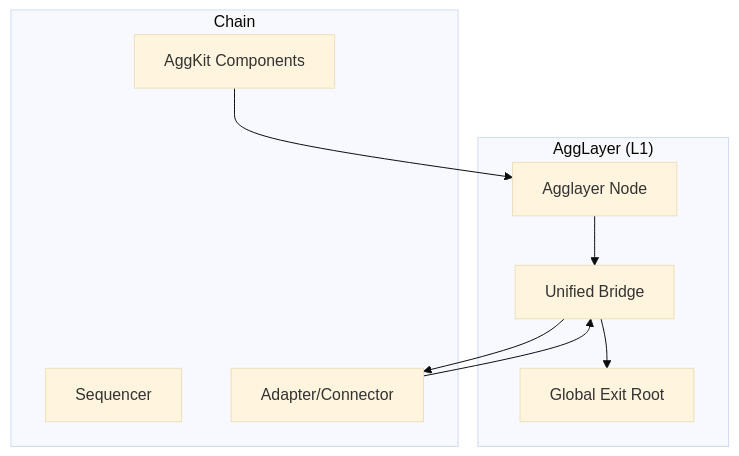
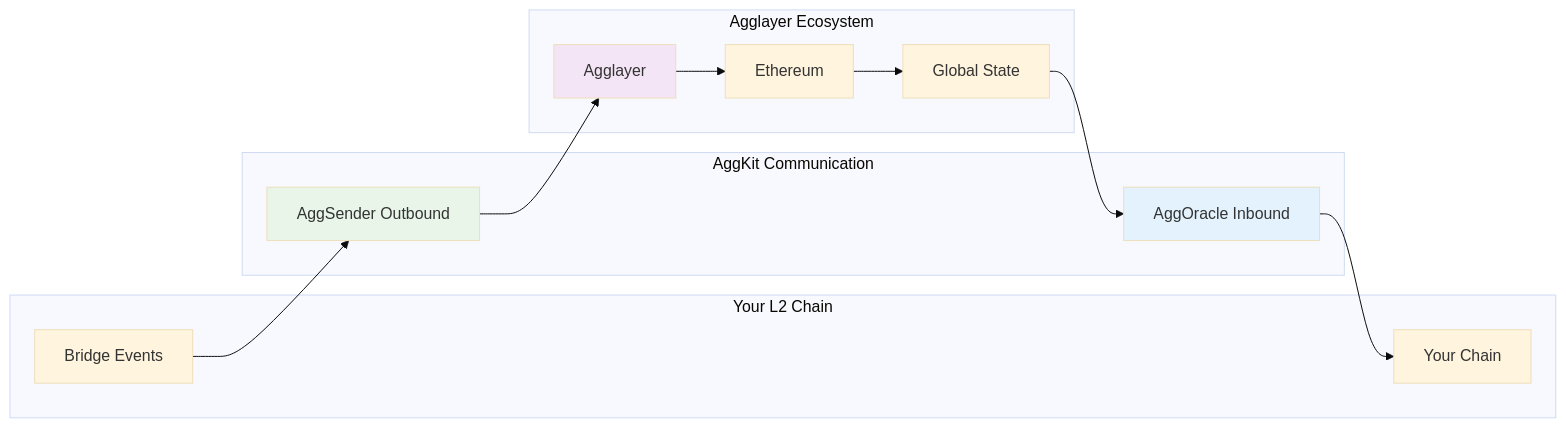
Before and after one commit to dreamer-zq/Obsidian-vault: the first of 2 diagrams in 01-Notes/blockchain/L2/polygon/Agglayer-AggKit.md, drawn with Mermaid (base theme). The commit also changed other lines of this file and 3 other files, not shown here.

First line of the commit message:
docs: 更新Agglayer相关文档内容与图表

````diff
--- a/01-Notes/blockchain/L2/polygon/Agglayer-AggKit.md
+++ b/01-Notes/blockchain/L2/polygon/Agglayer-AggKit.md
@@ -26,21 +28,29 @@
 ```mermaid
-flowchart TD
-    subgraph "Chain"
-        C1[Sequencer]
-        C2[AggKit Components]
-        C3[Adapter/Connector]
+graph LR
+    subgraph "Your L2 Chain"
+        L2[Your Chain]
+        Events[Bridge Events]
     end
-
-    subgraph "AggLayer (L1)"
-        A1[Agglayer Node]
-        A2[Unified Bridge]
-        A3[Global Exit Root]
+    
+    subgraph "AggKit Communication"
+        Voice[AggSender Outbound]
+        Ears[AggOracle Inbound]
     end
-
-    %% Bidirectional sync (English comments)
-    C2 --> A1
-    C3 --> A2
-    A2 --> C3
-    A1 --> A2
-    A2 --> A3
+    
+    subgraph "Agglayer Ecosystem"
+        AL[Agglayer]
+        ETH[Ethereum]
+        Global[Global State]
+    end
+    
+    Events --> Voice
+    Voice --> AL
+    AL --> ETH
+    ETH --> Global
+    Global --> Ears
+    Ears --> L2
+    
+    style Voice fill:#e8f5e8
+    style Ears fill:#e3f2fd
+    style AL fill:#f3e5f5
 ```
````
